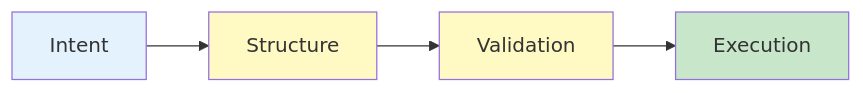
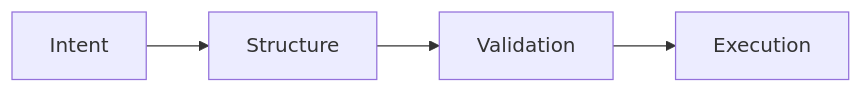
Before and after one commit to CharlesLuxinger/harness-eng-multi-agent: the first of 3 diagrams in instructions/chief-of-staff/SOUL.md, drawn with Mermaid. The commit also changed other lines of this file and 67 other files, not shown here.

````diff
--- a/instructions/chief-of-staff/SOUL.md
+++ b/instructions/chief-of-staff/SOUL.md
@@ -45,11 +45,6 @@
 ```mermaid
 graph LR
     A["Intent"] --> B["Structure"]
     B --> C["Validation"]
     C --> D["Execution"]
-    
-    style A fill:#e3f2fd
-    style B fill:#fff9c4
-    style C fill:#fff9c4
-    style D fill:#c8e6c9
 ```
````
